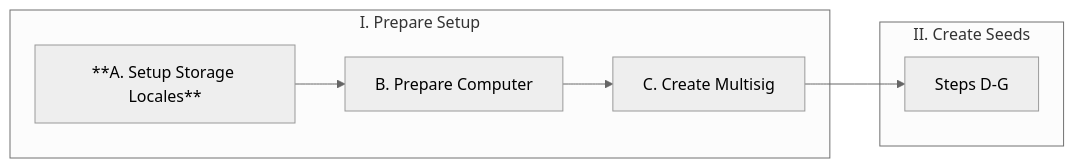
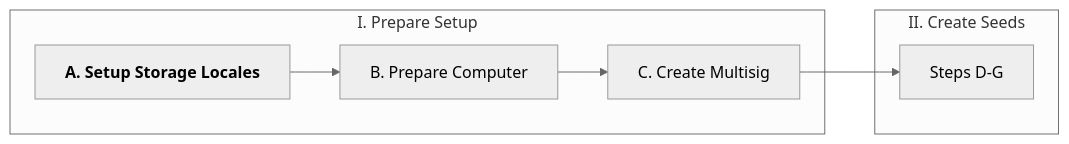
The diagram in Docs/Scenario-Multisig.md (BlockchainCommons/SmartCustody), drawn with Mermaid (neutral theme) before and after one commit.

````diff
--- a/Docs/Scenario-Multisig.md
+++ b/Docs/Scenario-Multisig.md
@@ -146,13 +146,13 @@
 ```mermaid
 graph LR;
     subgraph 1[I. Prepare Setup]
-    A[**A. Setup Storage Locales**]
+    A[<b>A. Setup Storage Locales</b>]
     B[B. Prepare Computer]
     C[C. Create Multisig]
     A-->B-->C
     end
     subgraph 2[II. Create Seeds]
     D[Steps D-G]
     end
     C-->D
 ```
````
